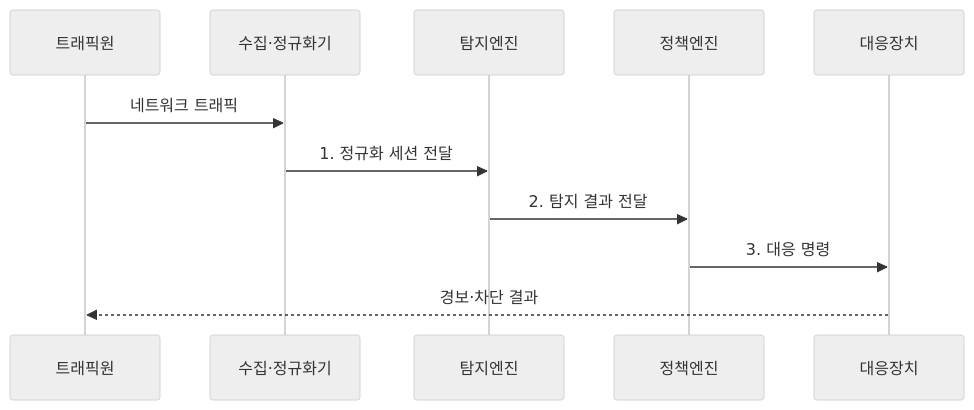
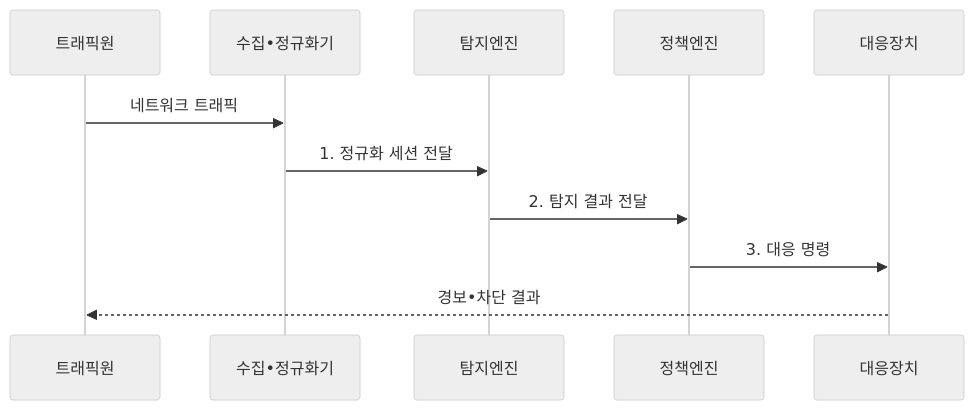
Before and after one commit to agnusdei1207/knowledge-base: the second of 2 diagrams in src/content/docs/notes/04-network/021_ids_ips.md, drawn with Mermaid (neutral theme). The commit also changed other lines of this file and 953 other files, not shown here.

````diff
--- a/src/content/docs/notes/04-network/021_ids_ips.md
+++ b/src/content/docs/notes/04-network/021_ids_ips.md
@@ -101,13 +101,13 @@
 ```mermaid
 sequenceDiagram
     participant 트래픽원
-    participant 수집정규화기 as 수집·정규화기
+    participant 수집정규화기 as 수집•정규화기
     participant 탐지엔진
     participant 정책엔진
     participant 대응장치
     트래픽원->>수집정규화기: 네트워크 트래픽
     수집정규화기->>탐지엔진: 1. 정규화 세션 전달
     탐지엔진->>정책엔진: 2. 탐지 결과 전달
     정책엔진->>대응장치: 3. 대응 명령
-    대응장치-->>트래픽원: 경보·차단 결과
+    대응장치-->>트래픽원: 경보•차단 결과
 ```
````
